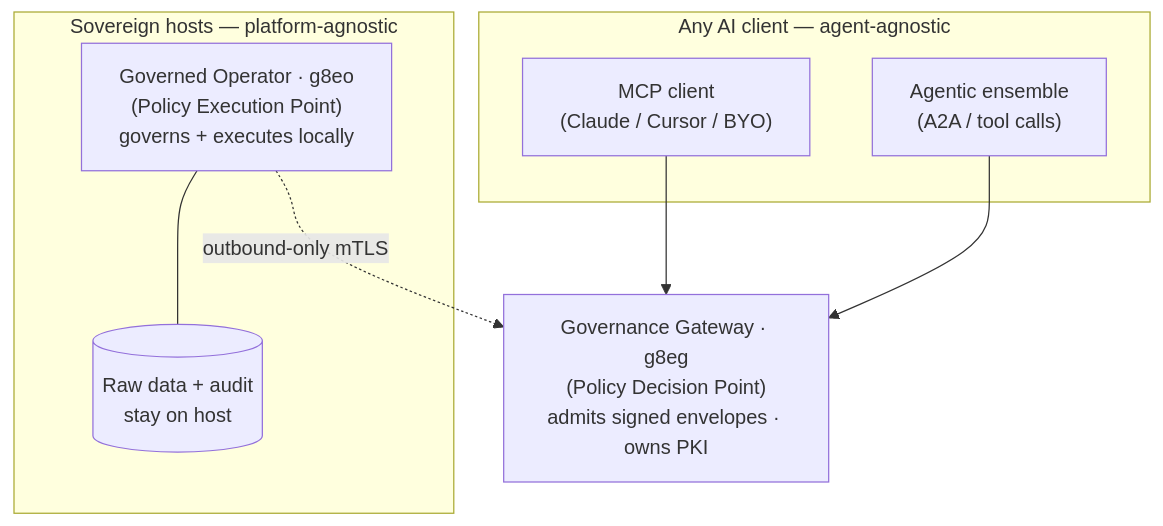
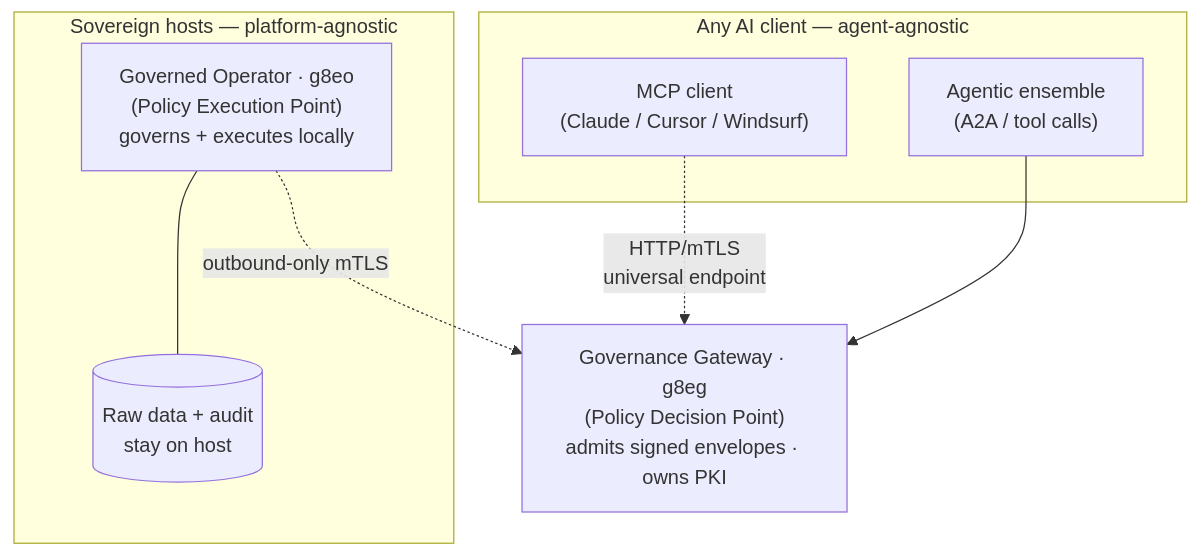
The first of 4 diagrams in README.md (g8e-ai/g8e), drawn with Mermaid before and after one commit. The commit also changed other lines of this file and 216 other files, not shown here.

````diff
--- a/README.md
+++ b/README.md
@@ -57,19 +66,19 @@
 ```mermaid
 graph TD
     subgraph Clients ["Any AI client — agent-agnostic"]
-        C1["MCP client<br/>(Claude / Cursor / BYO)"]
+        C1["MCP client<br/>(Claude / Cursor / Windsurf)"]
         C2["Agentic ensemble<br/>(A2A / tool calls)"]
     end
 
     GW["Governance Gateway · g8eg<br/>(Policy Decision Point)<br/>admits signed envelopes · owns PKI"]
 
     subgraph Fleet ["Sovereign hosts — platform-agnostic"]
         O1["Governed Operator · g8eo<br/>(Policy Execution Point)<br/>governs + executes locally"]
         D1[("Raw data + audit<br/>stay on host")]
         O1 --- D1
     end
 
-    C1 --> GW
+    C1 -. "HTTP/mTLS<br/>universal endpoint" .-> GW
     C2 --> GW
     O1 -. "outbound-only mTLS" .-> GW
 ```
````
